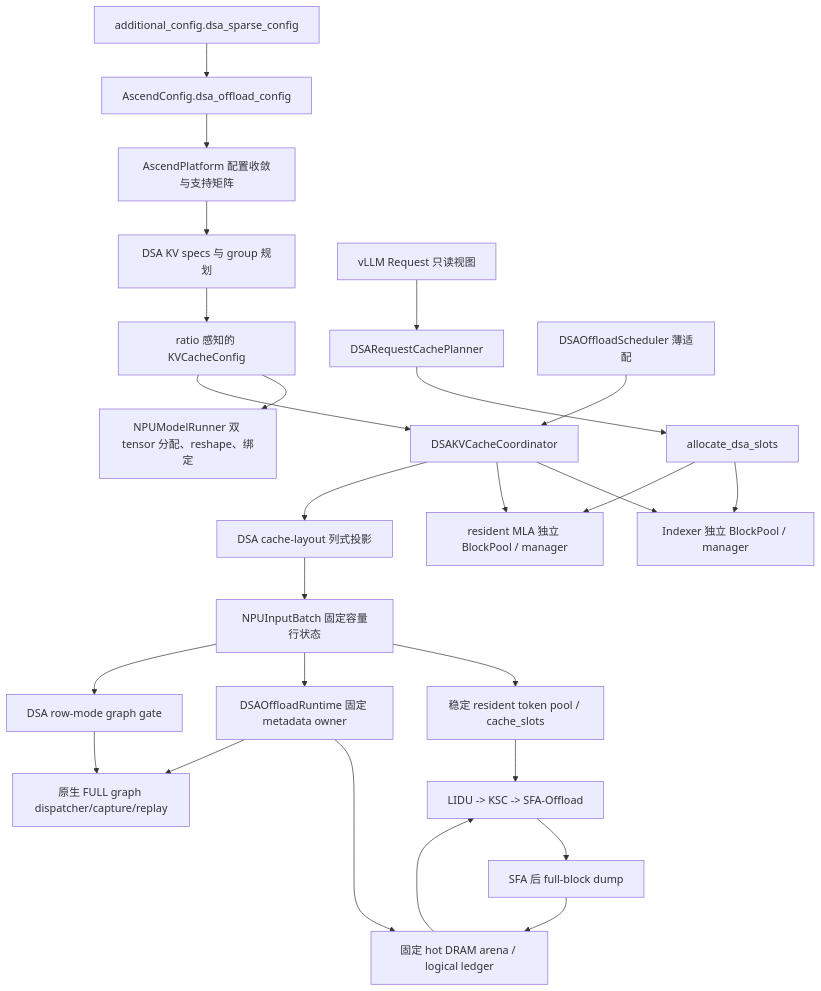
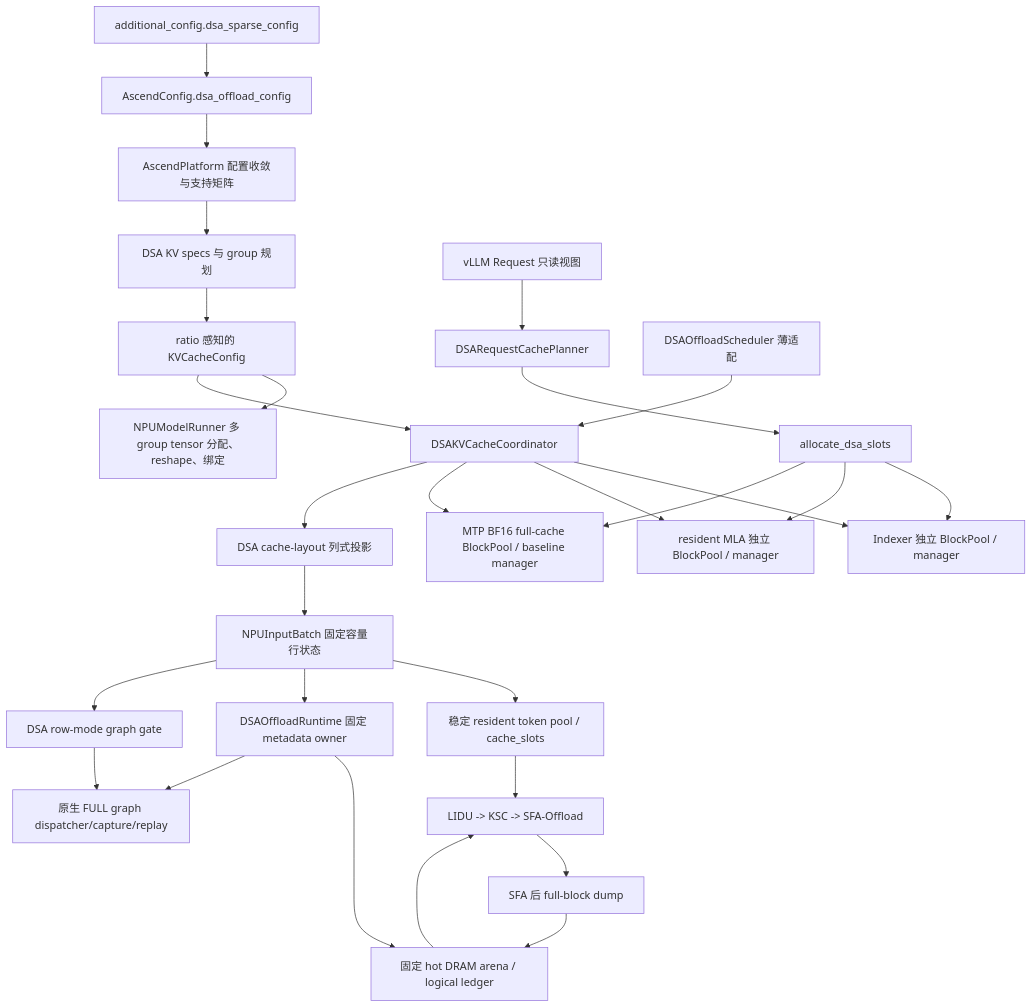
One commit to ader47/vllm-ascend changed the first of 3 diagrams in docs/source/developer_guide/Design_Documents/dsa_offload_design.md. Above: the diagram before and after it, drawn with Mermaid. The commit also changed other lines of this file and 52 other files, not shown here.

````diff
--- a/docs/source/developer_guide/Design_Documents/dsa_offload_design.md
+++ b/docs/source/developer_guide/Design_Documents/dsa_offload_design.md
@@ -72,28 +78,30 @@
 ```mermaid
 flowchart TB
     CFG["additional_config.dsa_sparse_config"] --> AC["AscendConfig.dsa_offload_config"]
     AC --> PLATFORM["AscendPlatform 配置收敛与支持矩阵"]
     PLATFORM --> SPEC["DSA KV specs 与 group 规划"]
     SPEC --> CACHECFG["ratio 感知的 KVCacheConfig"]
-    CACHECFG --> WORKER["NPUModelRunner 双 tensor 分配、reshape、绑定"]
+    CACHECFG --> WORKER["NPUModelRunner 多 group tensor 分配、reshape、绑定"]
     CACHECFG --> COORD["DSAKVCacheCoordinator"]
     COORD --> IDX["Indexer 独立 BlockPool / manager"]
     COORD --> MLA["resident MLA 独立 BlockPool / manager"]
+    COORD --> MTP["MTP BF16 full-cache BlockPool / baseline manager"]
     REQ["vLLM Request 只读视图"] --> PLAN["DSARequestCachePlanner"]
     PLAN --> ALLOC["allocate_dsa_slots"]
     ALLOC --> IDX
     ALLOC --> MLA
+    ALLOC --> MTP
     SCHED["DSAOffloadScheduler 薄适配"] --> COORD
     COORD --> PROJECTION["DSA cache-layout 列式投影"]
     PROJECTION --> INPUT["NPUInputBatch 固定容量行状态"]
     INPUT --> POOL["稳定 resident token pool / cache_slots"]
     INPUT --> RUNTIME["DSAOffloadRuntime 固定 metadata owner"]
     RUNTIME --> DRAM["固定 hot DRAM arena / logical ledger"]
     POOL --> DATA["LIDU -> KSC -> SFA-Offload"]
     DRAM --> DATA
     DATA --> DUMP["SFA 后 full-block dump"]
     DUMP --> DRAM
     INPUT --> GATE["DSA row-mode graph gate"]
     GATE --> GRAPH["原生 FULL graph dispatcher/capture/replay"]
     RUNTIME --> GRAPH
 ```
````
